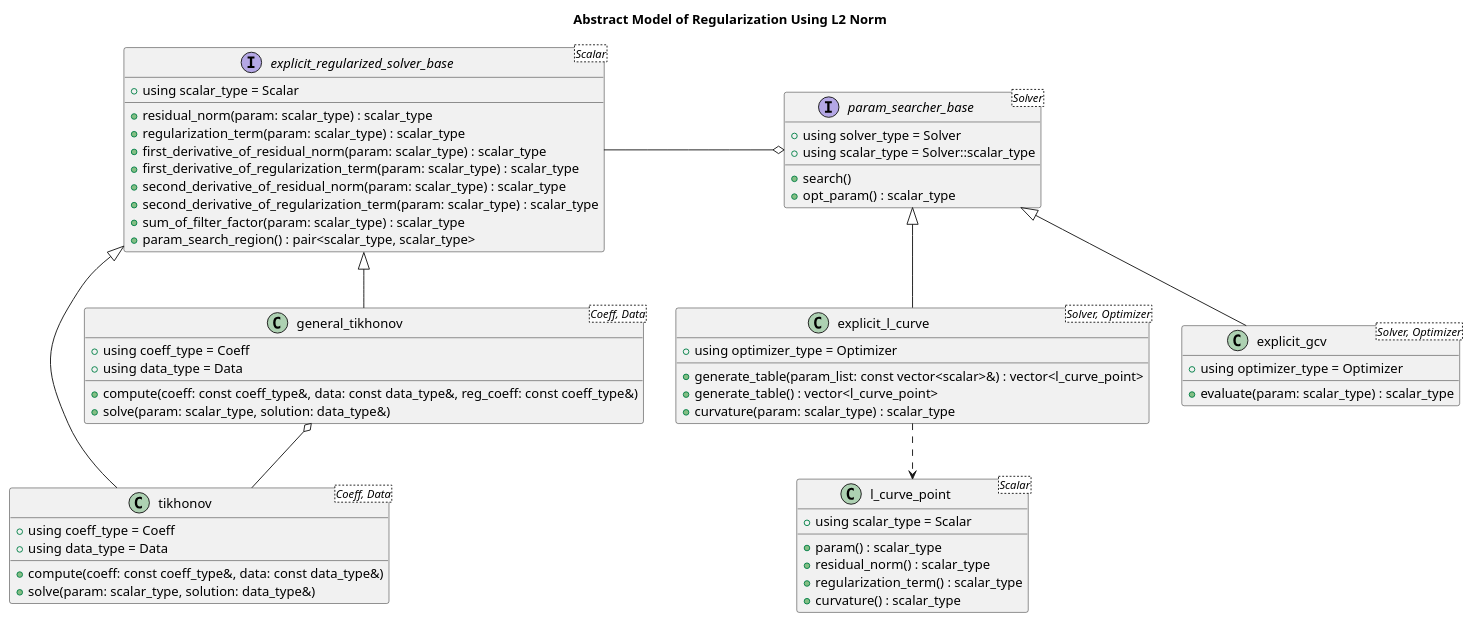
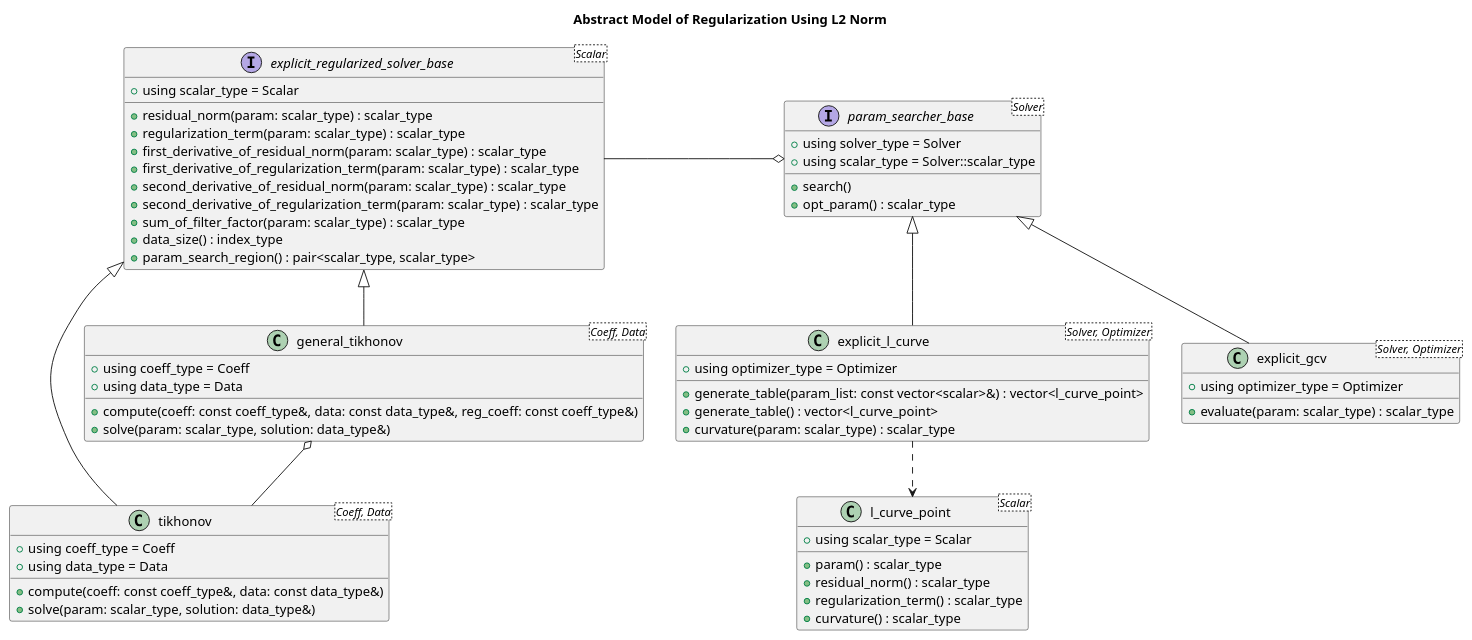
Before and after one commit to MusicScience37/numerical-collection-cpp: the diagram in doc/sphinx/src/basic_design/regularization.rst, drawn with PlantUML. The commit also changed 7 other files, not shown here.

```diff
--- a/doc/sphinx/src/basic_design/regularization.rst
+++ b/doc/sphinx/src/basic_design/regularization.rst
@@ -7,63 +7,64 @@
 .. uml::
 
     title Abstract Model of Regularization Using L2 Norm
 
     interface explicit_regularized_solver_base<Scalar> {
         + using scalar_type = Scalar
         + residual_norm(param: scalar_type) : scalar_type
         + regularization_term(param: scalar_type) : scalar_type
         + first_derivative_of_residual_norm(param: scalar_type) : scalar_type
         + first_derivative_of_regularization_term(param: scalar_type) : scalar_type
         + second_derivative_of_residual_norm(param: scalar_type) : scalar_type
         + second_derivative_of_regularization_term(param: scalar_type) : scalar_type
         + sum_of_filter_factor(param: scalar_type) : scalar_type
+        + data_size() : index_type
         + param_search_region() : pair<scalar_type, scalar_type>
     }
 
     class tikhonov<Coeff, Data> {
         + using coeff_type = Coeff
         + using data_type = Data
         + compute(coeff: const coeff_type&, data: const data_type&)
         + solve(param: scalar_type, solution: data_type&)
     }
     explicit_regularized_solver_base <|-- tikhonov
 
     class general_tikhonov<Coeff, Data> {
         + using coeff_type = Coeff
         + using data_type = Data
         + compute(coeff: const coeff_type&, data: const data_type&, reg_coeff: const coeff_type&)
         + solve(param: scalar_type, solution: data_type&)
     }
     explicit_regularized_solver_base <|-- general_tikhonov
     general_tikhonov o-- tikhonov
 
     interface param_searcher_base<Solver> {
         + using solver_type = Solver
         + using scalar_type = Solver::scalar_type
         + search()
         + opt_param() : scalar_type
     }
     param_searcher_base o-left- explicit_regularized_solver_base
 
     class l_curve_point<Scalar> {
         + using scalar_type = Scalar
         + param() : scalar_type
         + residual_norm() : scalar_type
         + regularization_term() : scalar_type
         + curvature() : scalar_type
     }
 
     class explicit_l_curve<Solver, Optimizer> {
         + using optimizer_type = Optimizer
         + generate_table(param_list: const vector<scalar>&) : vector<l_curve_point>
         + generate_table() : vector<l_curve_point>
         + curvature(param: scalar_type) : scalar_type
     }
     param_searcher_base <|-- explicit_l_curve
     explicit_l_curve ..> l_curve_point
 
     class explicit_gcv<Solver, Optimizer> {
         + using optimizer_type = Optimizer
         + evaluate(param: scalar_type) : scalar_type
     }
     param_searcher_base <|-- explicit_gcv
```
